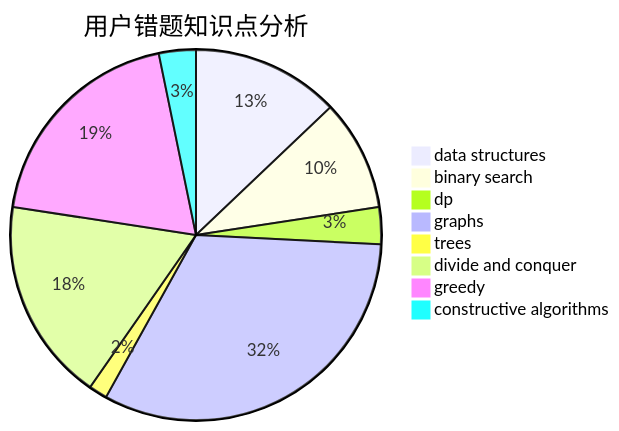
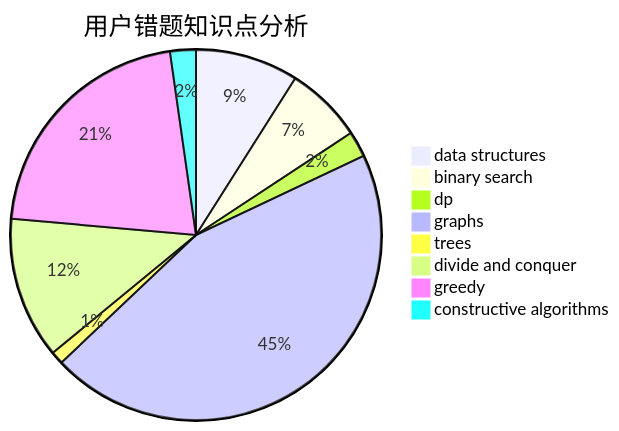
Before and after one commit to sherpahu/cfrs.github.io: the third of 3 diagrams in docs/user/u2053.md, drawn with Mermaid. The commit also changed other lines of this file and 2770 other files, not shown here.

````diff
--- a/docs/user/u2053.md
+++ b/docs/user/u2053.md
@@ -36,11 +36,11 @@
 ```mermaid
 pie title 用户错题知识点分析
     "data structures" :  8
     "binary search" :  6
     "dp" :  2
-    "graphs" :  20
+    "graphs" :  40
     "trees" :  1
     "divide and conquer" :  11
-    "greedy" :  12
+    "greedy" :  19
     "constructive algorithms" :  2
 ```
````
